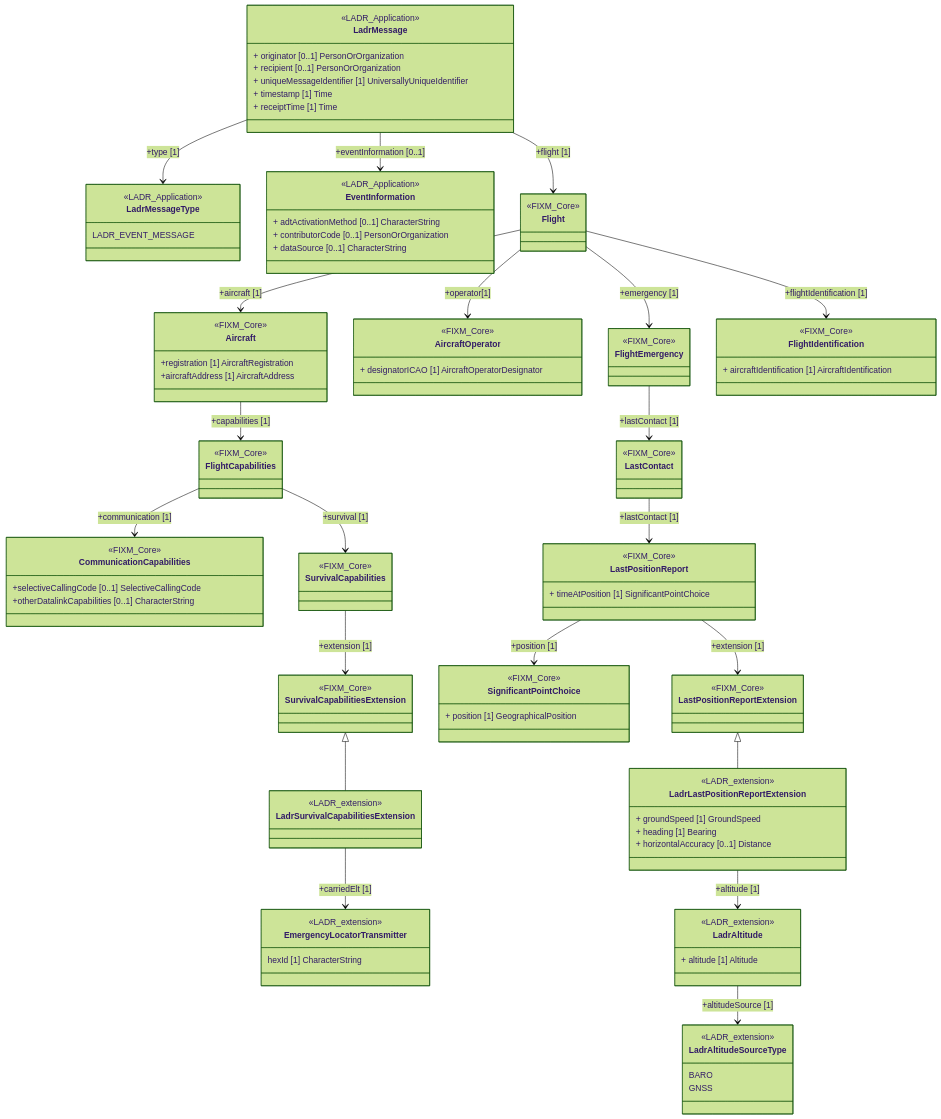
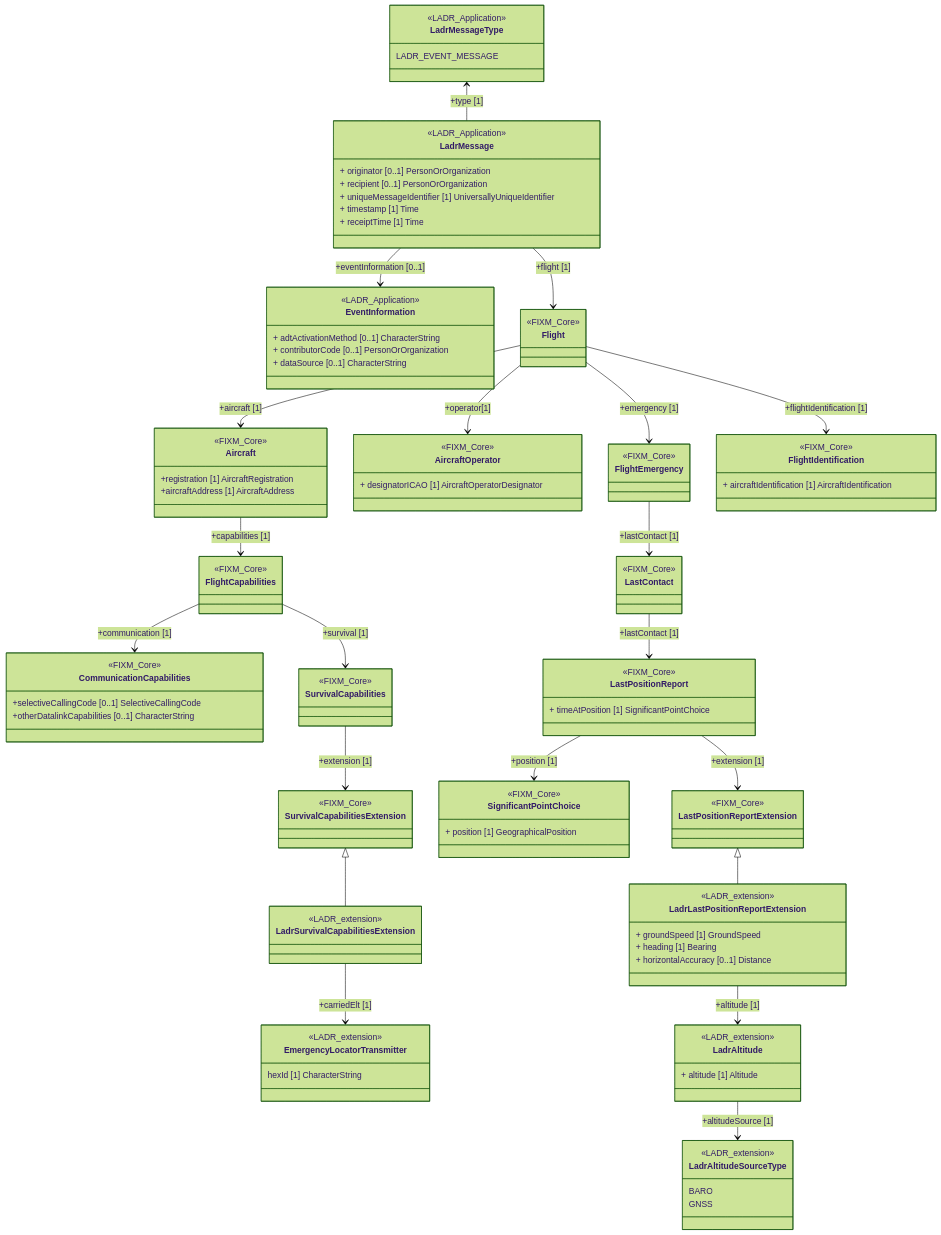
The diagram in docs/ladr/LADREventMessage.md (hlepori/test_ladr), drawn with Mermaid (forest theme) before and after one commit. The commit also changed other lines of this file, not shown here.

Commit message:
Fixed bugs in mermaid code

```diff
--- a/docs/ladr/LADREventMessage.md
+++ b/docs/ladr/LADREventMessage.md
@@ -22,7 +22,7 @@
 class LadrMessageType
 <<LADR_Application>> LadrMessageType
 LadrMessageType : LADR_EVENT_MESSAGE
-LadrMessage --> LadrMessageType : +type [1]
+LadrMessageType <-- LadrMessage : +type [1]
 %% -------------------
 class EventInformation
 <<LADR_Application>> EventInformation
```
